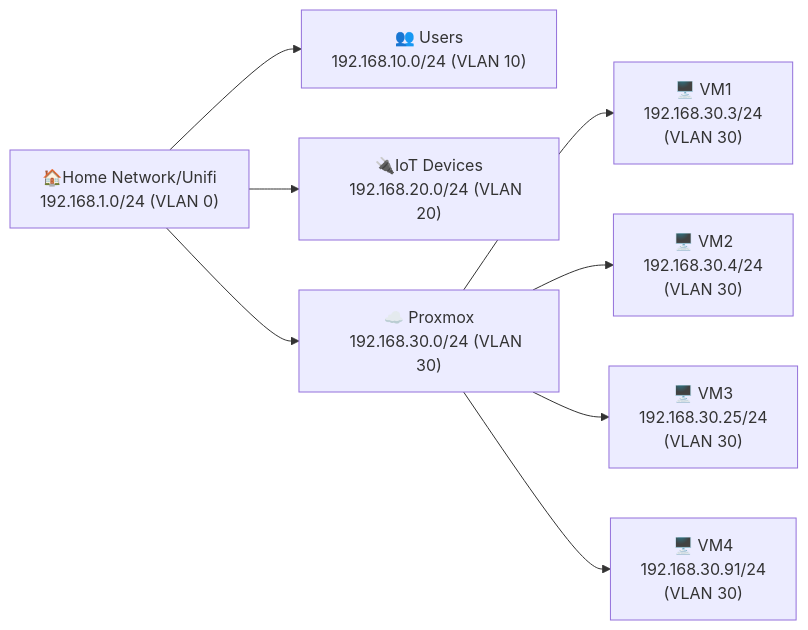
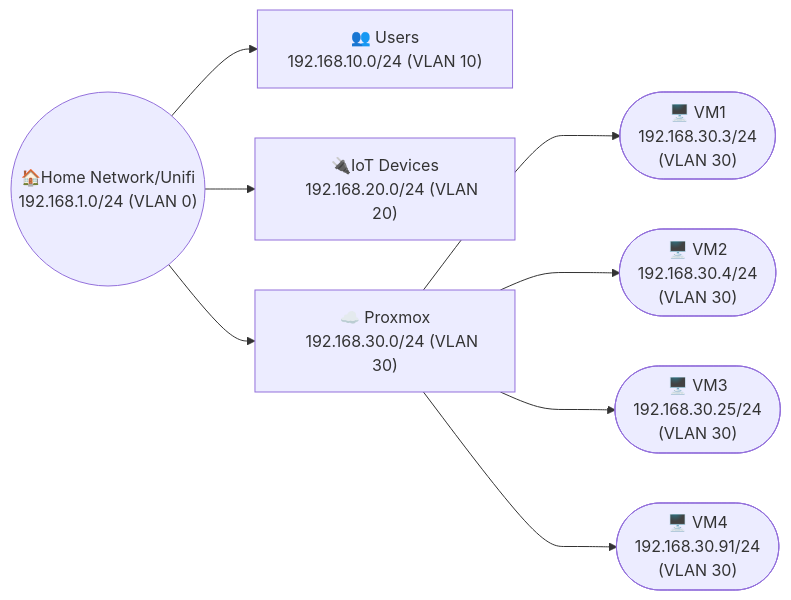
The diagram in _posts/2024-06-11-proxmox-part-2-networking-setup.md (robertsinfosec/robertsinfosec.github.io), drawn with Mermaid before and after one commit.

Commit message:
Update mermaid graph syntax for improved rendering in Proxmox networking setup post

```diff
--- a/_posts/2024-06-11-proxmox-part-2-networking-setup.md
+++ b/_posts/2024-06-11-proxmox-part-2-networking-setup.md
@@ -32,24 +32,24 @@
 <div class="mermaid">
 graph LR
-    B["🏠Home Network/Unifi
-    192.168.1.0/24 (VLAN 0)"]
+    B(("🏠Home Network/Unifi
+    192.168.1.0/24 (VLAN 0)"))
     B --> Users["👥 Users
     192.168.10.0/24 (VLAN 10)"]
     B --> IoT["🔌IoT Devices
     192.168.20.0/24 (VLAN 20)"]
     B --> ProxMoxServer["☁️ Proxmox
     192.168.30.0/24 (VLAN 30)"]
 
-    ProxMoxServer --> F["🖥️ VM1
+    ProxMoxServer ---> F(["🖥️ VM1
     192.168.30.3/24
-    (VLAN 30)"]
-        ProxMoxServer --> G["🖥️ VM2
+    (VLAN 30)"])
+        ProxMoxServer ---> G(["🖥️ VM2
     192.168.30.4/24
-    (VLAN 30)"]
-        ProxMoxServer --> H["🖥️ VM3
+    (VLAN 30)"])
+        ProxMoxServer ---> H(["🖥️ VM3
     192.168.30.25/24
-    (VLAN 30)"]
-        ProxMoxServer --> I["🖥️ VM4
+    (VLAN 30)"])
+        ProxMoxServer ---> I(["🖥️ VM4
     192.168.30.91/24
-    (VLAN 30)"]
+    (VLAN 30)"])
 </div>
```
